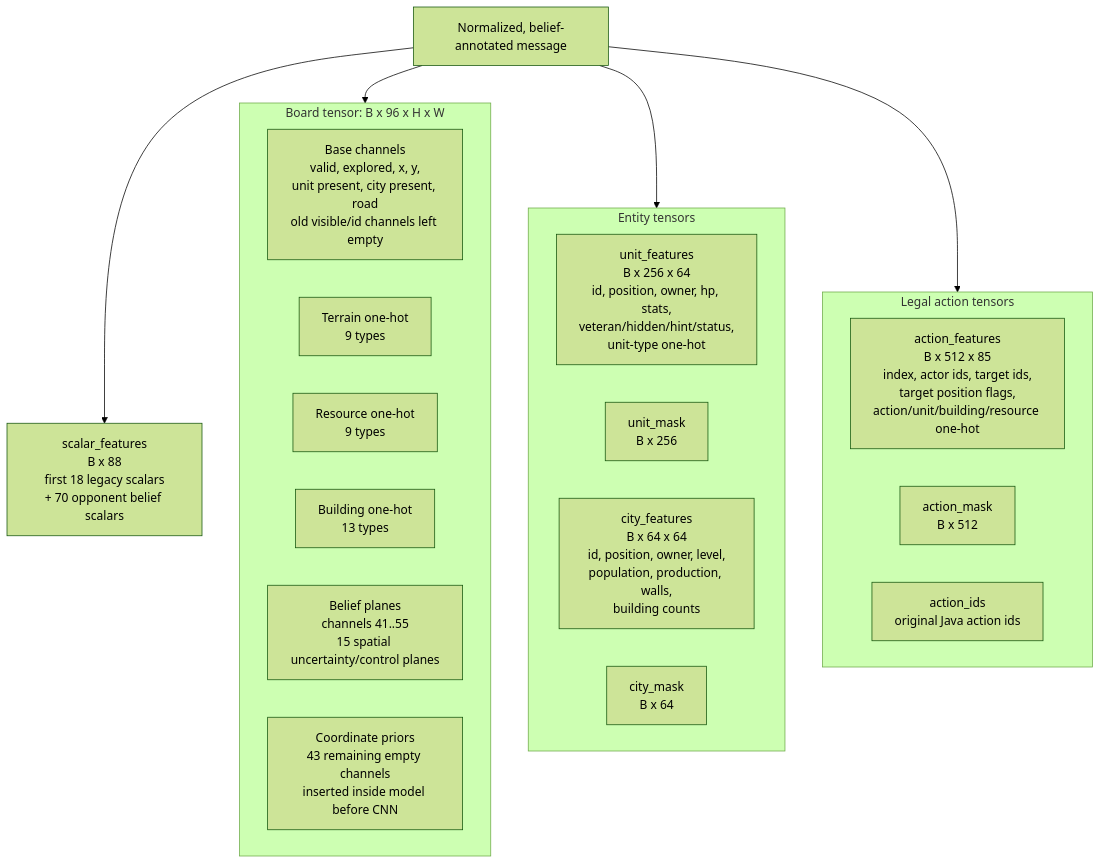
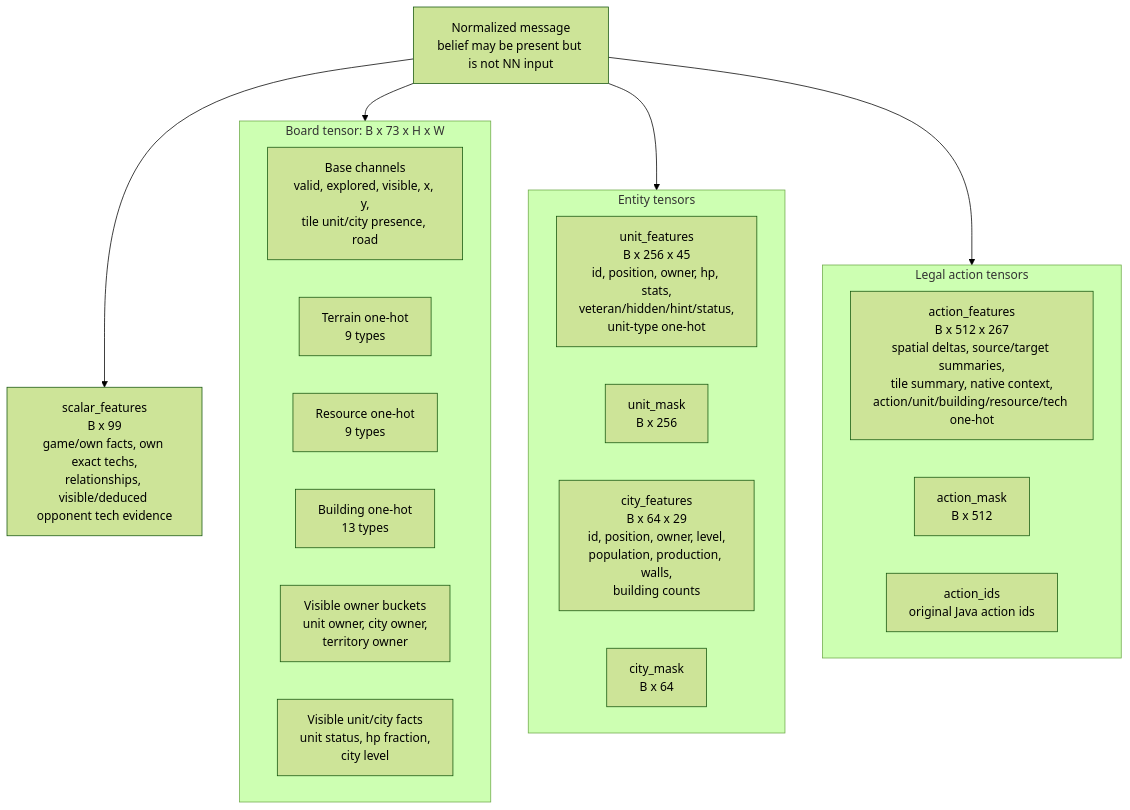
One commit to aHighHooman/MCTS-Topia changed the second of 5 diagrams in docs/hybrid-rl-model-architecture.md. Above: the diagram before and after it, drawn with Mermaid (forest theme). The commit also changed other lines of this file and 9 other files, not shown here.

````diff
--- a/docs/hybrid-rl-model-architecture.md
+++ b/docs/hybrid-rl-model-architecture.md
@@ -57,33 +60,33 @@
 ```mermaid
 flowchart TB
-    Msg["Normalized, belief-annotated message"]
+    Msg["Normalized message<br/>belief may be present but is not NN input"]
 
-    subgraph Board["Board tensor: B x 96 x H x W"]
-        TileBase["Base channels<br/>valid, explored, x, y,<br/>unit present, city present, road<br/>old visible/id channels left empty"]
+    subgraph Board["Board tensor: B x 73 x H x W"]
+        TileBase["Base channels<br/>valid, explored, visible, x, y,<br/>tile unit/city presence, road"]
         Terrain["Terrain one-hot<br/>9 types"]
         Resource["Resource one-hot<br/>9 types"]
         Building["Building one-hot<br/>13 types"]
-        BeliefPlanes["Belief planes<br/>channels 41..55<br/>15 spatial uncertainty/control planes"]
-        CoordPriors["Coordinate priors<br/>43 remaining empty channels<br/>inserted inside model before CNN"]
+        VisibleOwners["Visible owner buckets<br/>unit owner, city owner,<br/>territory owner"]
+        VisibleFacts["Visible unit/city facts<br/>unit status, hp fraction,<br/>city level"]
     end
 
     subgraph Entities["Entity tensors"]
-        Units["unit_features<br/>B x 256 x 64<br/>id, position, owner, hp, stats,<br/>veteran/hidden/hint/status,<br/>unit-type one-hot"]
+        Units["unit_features<br/>B x 256 x 45<br/>id, position, owner, hp, stats,<br/>veteran/hidden/hint/status,<br/>unit-type one-hot"]
         UnitMask["unit_mask<br/>B x 256"]
-        Cities["city_features<br/>B x 64 x 64<br/>id, position, owner, level,<br/>population, production, walls,<br/>building counts"]
+        Cities["city_features<br/>B x 64 x 29<br/>id, position, owner, level,<br/>population, production, walls,<br/>building counts"]
         CityMask["city_mask<br/>B x 64"]
     end
 
     subgraph Actions["Legal action tensors"]
-        ActionFeatures["action_features<br/>B x 512 x 85<br/>index, actor ids, target ids,<br/>target position flags,<br/>action/unit/building/resource one-hot"]
+        ActionFeatures["action_features<br/>B x 512 x 267<br/>spatial deltas, source/target summaries,<br/>tile summary, native context,<br/>action/unit/building/resource/tech one-hot"]
         ActionMask["action_mask<br/>B x 512"]
         ActionIds["action_ids<br/>original Java action ids"]
     end
 
-    Scalars["scalar_features<br/>B x 88<br/>first 18 legacy scalars<br/>+ 70 opponent belief scalars"]
+    Scalars["scalar_features<br/>B x 99<br/>game/own facts, own exact techs,<br/>relationships, visible/deduced opponent tech evidence"]
 
     Msg --> Board
     Msg --> Entities
     Msg --> Actions
     Msg --> Scalars
 ```
````
